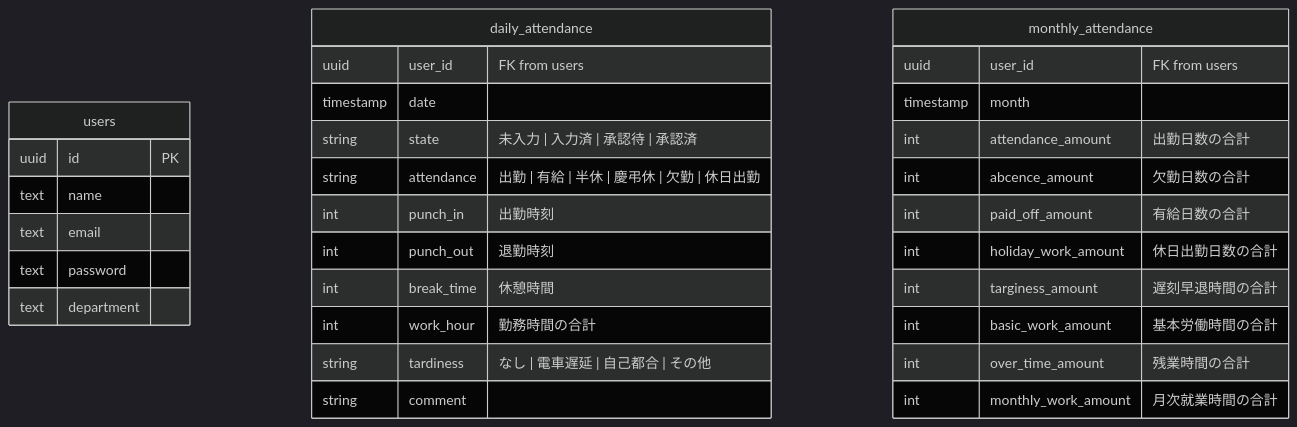
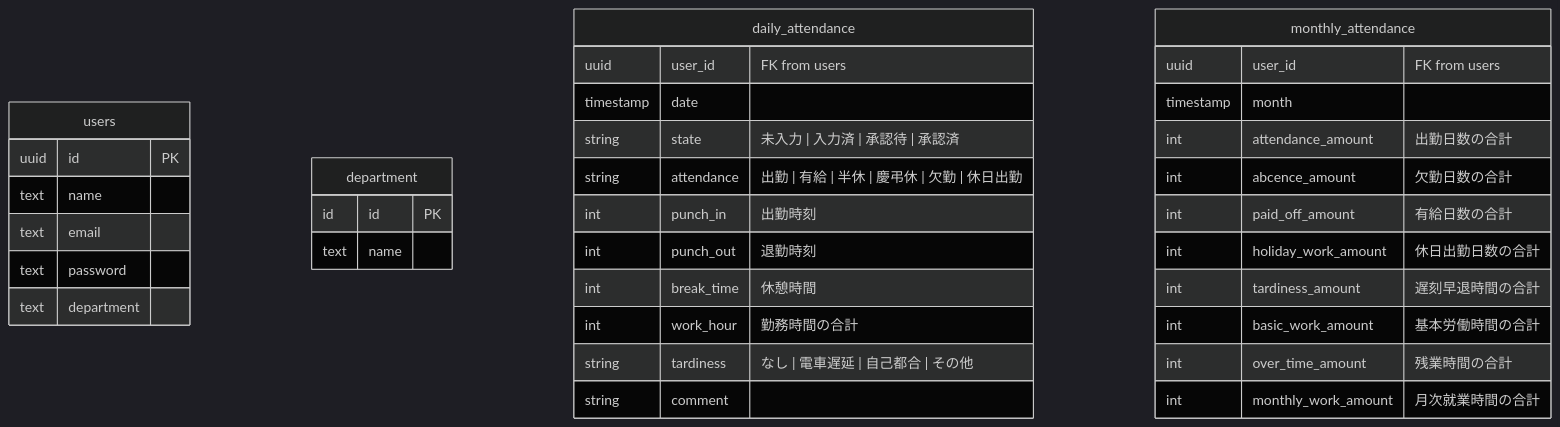
Before and after one commit to atom9916/e-navi-mock: the diagram in database/database.md, drawn with Mermaid (dark theme). The commit also changed 9 other files, not shown here.

````diff
--- a/database/database.md
+++ b/database/database.md
@@ -1,39 +1,44 @@
 ```mermaid
 
 erDiagram
 
 users{
   uuid id PK
   text name
   text email
   text password
   text department
+}
+
+department {
+  id id PK
+  text name
 }
 
 daily_attendance {
   uuid user_id "FK from users"
   timestamp date
   string state "未入力 | 入力済 | 承認待 | 承認済"
   string attendance "出勤 | 有給 | 半休 | 慶弔休 | 欠勤 | 休日出勤"
   int punch_in "出勤時刻"
   int punch_out "退勤時刻"
   int break_time "休憩時間"
   int work_hour  "勤務時間の合計"
   string tardiness "なし | 電車遅延 | 自己都合 | その他 "
   string comment
 }
 
 monthly_attendance {
   uuid user_id "FK from users"
   timestamp month
   int attendance_amount "出勤日数の合計"
   int abcence_amount "欠勤日数の合計"
   int paid_off_amount "有給日数の合計"
   int holiday_work_amount "休日出勤日数の合計"
-  int targiness_amount "遅刻早退時間の合計"
+  int tardiness_amount "遅刻早退時間の合計"
   int basic_work_amount "基本労働時間の合計"
   int over_time_amount "残業時間の合計"
   int monthly_work_amount "月次就業時間の合計"
 }
 
 ```
````
